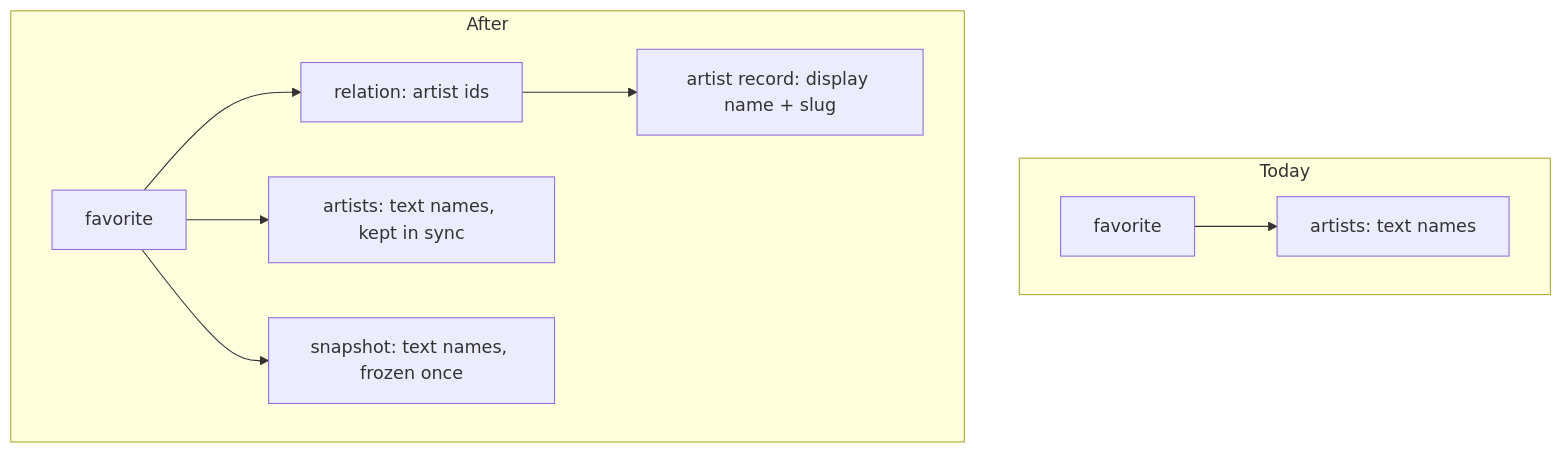
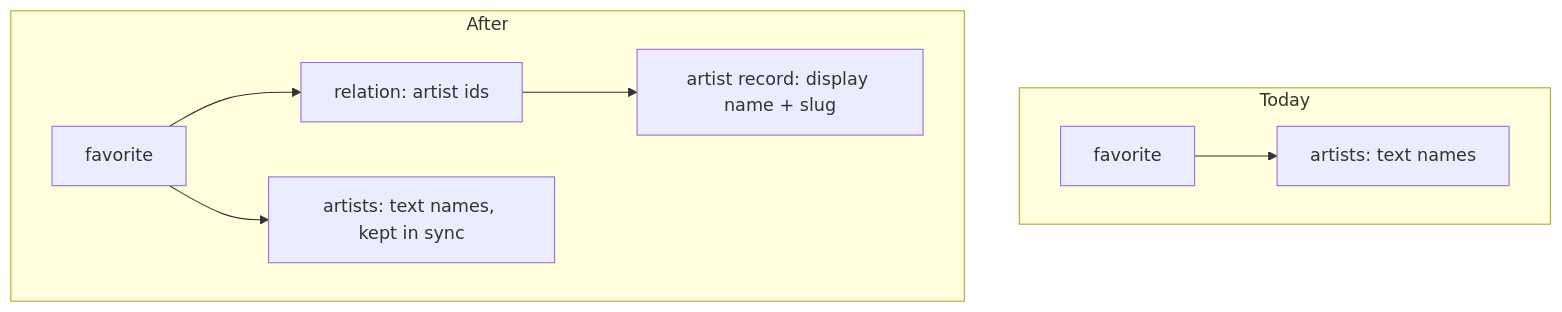
Before and after one commit to baptiste-pasquier/groovemark: the first of 2 diagrams in docs/journal/plans/2026-09-05-2309-feat-artist-entity-plan.md, drawn with Mermaid. The commit also changed other lines of this file, not shown here.

First line of the commit message:
docs(plan): simplify artist entity plan to a destructive migration, no data conversion

````diff
--- a/docs/journal/plans/2026-09-05-2309-feat-artist-entity-plan.md
+++ b/docs/journal/plans/2026-09-05-2309-feat-artist-entity-plan.md
@@ -69,12 +64,11 @@
 ```mermaid
 flowchart TB
   subgraph before["Today"]
     B1["favorite"] --> B2["artists: text names"]
   end
   subgraph after["After"]
     A1["favorite"] --> A2["relation: artist ids"]
     A1 --> A3["artists: text names, kept in sync"]
-    A1 --> A4["snapshot: text names, frozen once"]
-    A2 --> A5["artist record: display name + slug"]
+    A2 --> A4["artist record: display name + slug"]
   end
 ```
````
